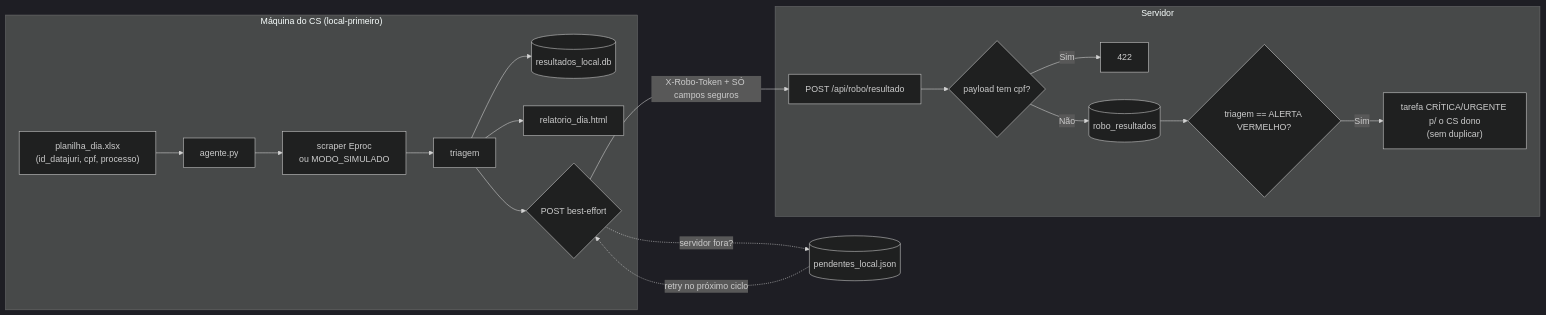
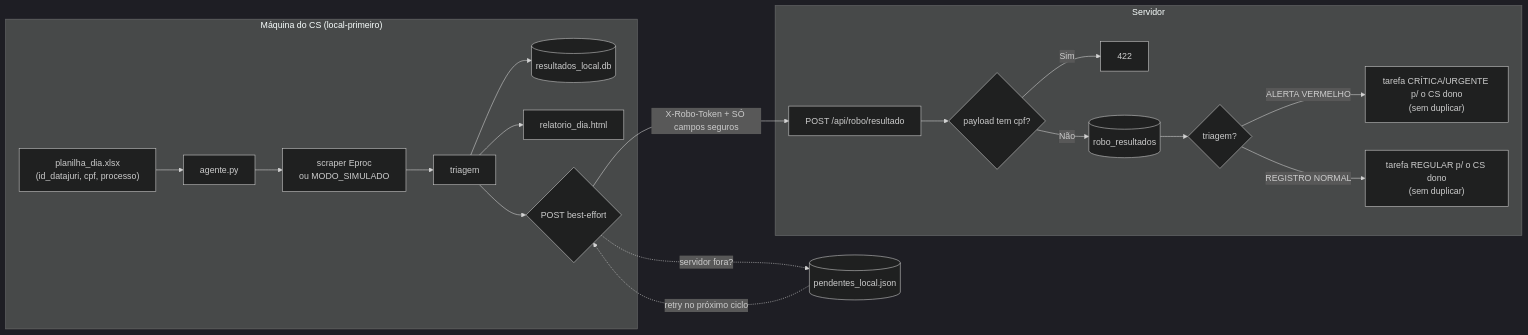
One commit to EduardoCrabbe/Apoio---ReisRevisional changed the diagram in docs/obsidian/Etapa 8 - Agente Eproc.md. Above: the diagram before and after it, drawn with Mermaid (dark theme). The commit also changed other lines of this file and 4 other files, not shown here.

First line of the commit message:
Robo: tarefa REGULAR p/ REGISTRO NORMAL + busca real por CPF no agente

````diff
--- a/docs/obsidian/Etapa 8 - Agente Eproc.md
+++ b/docs/obsidian/Etapa 8 - Agente Eproc.md
@@ -24,23 +24,24 @@
 ```mermaid
 flowchart LR
     subgraph CS["Máquina do CS (local-primeiro)"]
         P["planilha_dia.xlsx<br/>(id_datajuri, cpf, processo)"] --> AG[agente.py]
         AG --> SC[scraper Eproc<br/>ou MODO_SIMULADO]
         SC --> TR[triagem]
         TR --> L1[(resultados_local.db)]
         TR --> L2[relatorio_dia.html]
         TR --> Q{POST best-effort}
     end
 
     Q -- "X-Robo-Token + SÓ campos seguros" --> S[POST /api/robo/resultado]
     Q -. "servidor fora?" .-> PEND[(pendentes_local.json)]
     PEND -. "retry no próximo ciclo" .-> Q
 
     subgraph SRV["Servidor"]
         S --> V{payload tem cpf?}
         V -- Sim --> E422[422]
         V -- Não --> R[(robo_resultados)]
-        R --> AL{triagem == ALERTA VERMELHO?}
-        AL -- Sim --> T["tarefa CRÍTICA/URGENTE p/ o CS dono<br/>(sem duplicar)"]
+        R --> AL{triagem?}
+        AL -- "ALERTA VERMELHO" --> T["tarefa CRÍTICA/URGENTE p/ o CS dono<br/>(sem duplicar)"]
+        AL -- "REGISTRO NORMAL" --> TR2["tarefa REGULAR p/ o CS dono<br/>(sem duplicar)"]
     end
 ```
````
